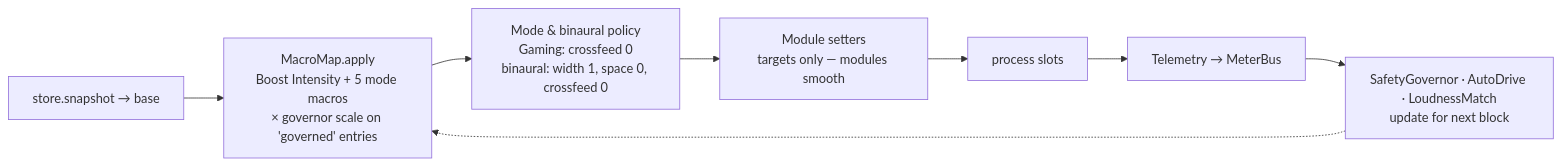
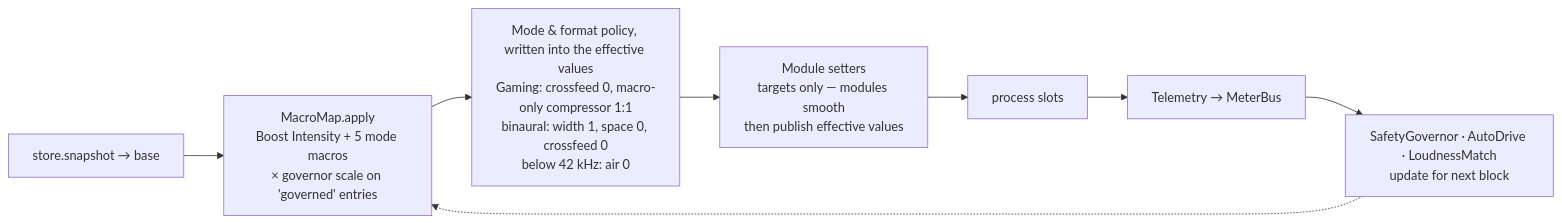
Before and after one commit to flubydooby-creator/Flubsound: the fourth of 4 diagrams in docs/01-architecture.md, drawn with Mermaid. The commit also changed other lines of this file and 12 other files, not shown here.

````diff
--- a/docs/01-architecture.md
+++ b/docs/01-architecture.md
@@ -199,10 +199,10 @@
 ```mermaid
 flowchart LR
     A[store.snapshot → base] --> B[MacroMap.apply<br/>Boost Intensity + 5 mode macros<br/>× governor scale on 'governed' entries]
-    B --> C[Mode & binaural policy<br/>Gaming: crossfeed 0<br/>binaural: width 1, space 0, crossfeed 0]
-    C --> D[Module setters<br/>targets only — modules smooth]
+    B --> C[Mode & format policy, written into the effective values<br/>Gaming: crossfeed 0, macro-only compressor 1:1<br/>binaural: width 1, space 0, crossfeed 0<br/>below 42 kHz: air 0]
+    C --> D[Module setters<br/>targets only — modules smooth<br/>then publish effective values]
     D --> E[process slots]
     E --> F[Telemetry → MeterBus]
     F --> G[SafetyGovernor · AutoDrive · LoudnessMatch<br/>update for next block]
     G -.-> B
 ```
````
